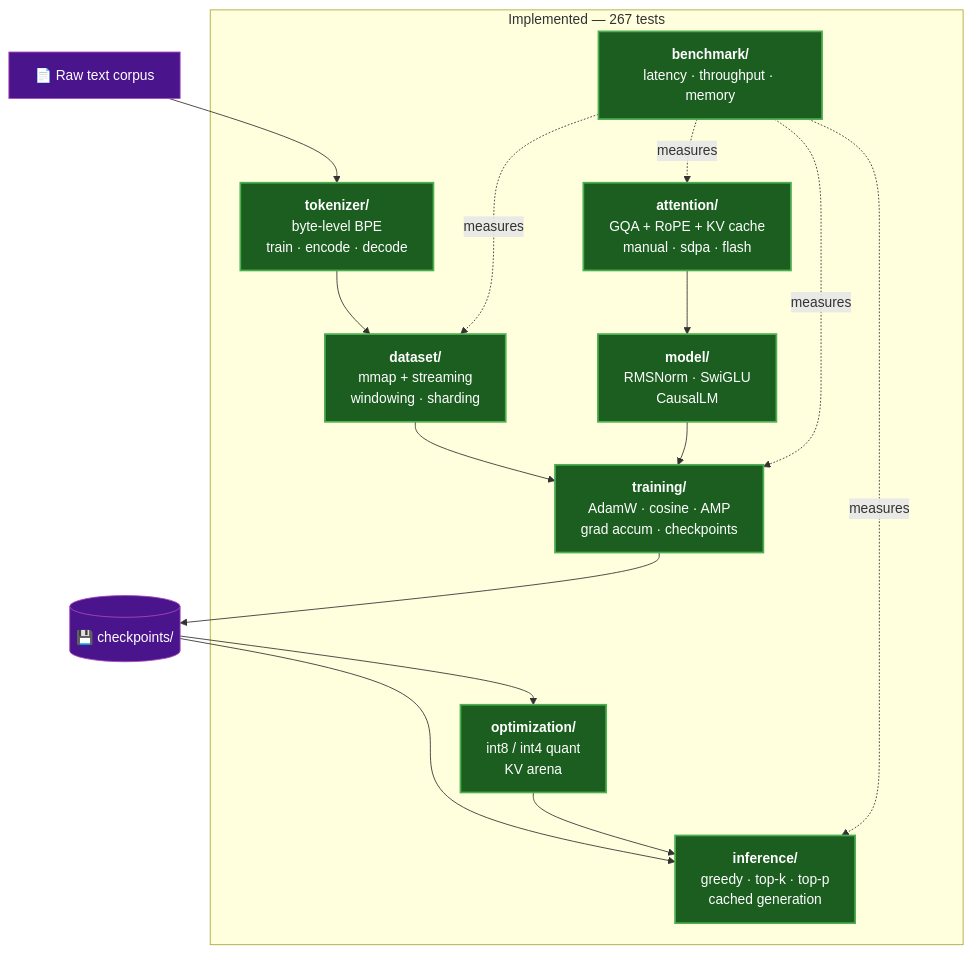
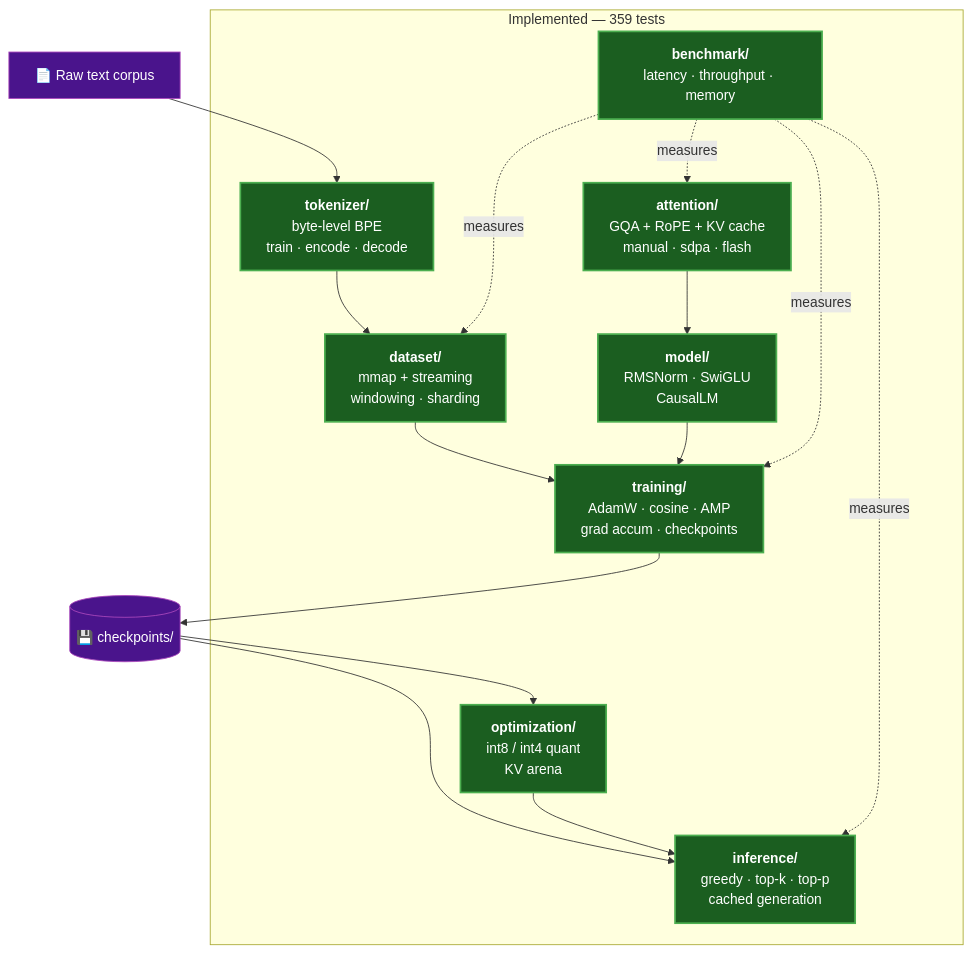
One commit to 555aaditya/Language-Model changed the first of 7 diagrams in README.md. Above: the diagram before and after it, drawn with Mermaid. The commit also changed other lines of this file, not shown here.

````diff
--- a/README.md
+++ b/README.md
@@ -32,32 +32,32 @@
 ```mermaid
 flowchart TB
     RAW["📄 Raw text corpus"]
 
-    subgraph BUILT ["Implemented — 267 tests"]
+    subgraph BUILT ["Implemented — 359 tests"]
         TOK["<b>tokenizer/</b><br/>byte-level BPE<br/>train · encode · decode"]
         DS["<b>dataset/</b><br/>mmap + streaming<br/>windowing · sharding"]
         ATT["<b>attention/</b><br/>GQA + RoPE + KV cache<br/>manual · sdpa · flash"]
         MODEL["<b>model/</b><br/>RMSNorm · SwiGLU<br/>CausalLM"]
         TRAIN["<b>training/</b><br/>AdamW · cosine · AMP<br/>grad accum · checkpoints"]
         INFER["<b>inference/</b><br/>greedy · top-k · top-p<br/>cached generation"]
         OPT["<b>optimization/</b><br/>int8 / int4 quant<br/>KV arena"]
         BENCH["<b>benchmark/</b><br/>latency · throughput · memory"]
     end
 
     CKPT[("💾 checkpoints/")]
 
     RAW --> TOK --> DS --> TRAIN
     ATT --> MODEL --> TRAIN
     TRAIN --> CKPT --> INFER
     CKPT --> OPT --> INFER
     BENCH -.measures.-> DS
     BENCH -.measures.-> ATT
     BENCH -.measures.-> TRAIN
     BENCH -.measures.-> INFER
 
     classDef done fill:#1b5e20,stroke:#4CAF50,stroke-width:2px,color:#fff
     classDef todo fill:#37474f,stroke:#78909c,stroke-width:1px,color:#cfd8dc,stroke-dasharray: 4 4
     classDef store fill:#4a148c,stroke:#ab47bc,color:#fff
     class TOK,DS,ATT,MODEL,TRAIN,INFER,OPT,BENCH done
     class CKPT,RAW store
 ```
````
